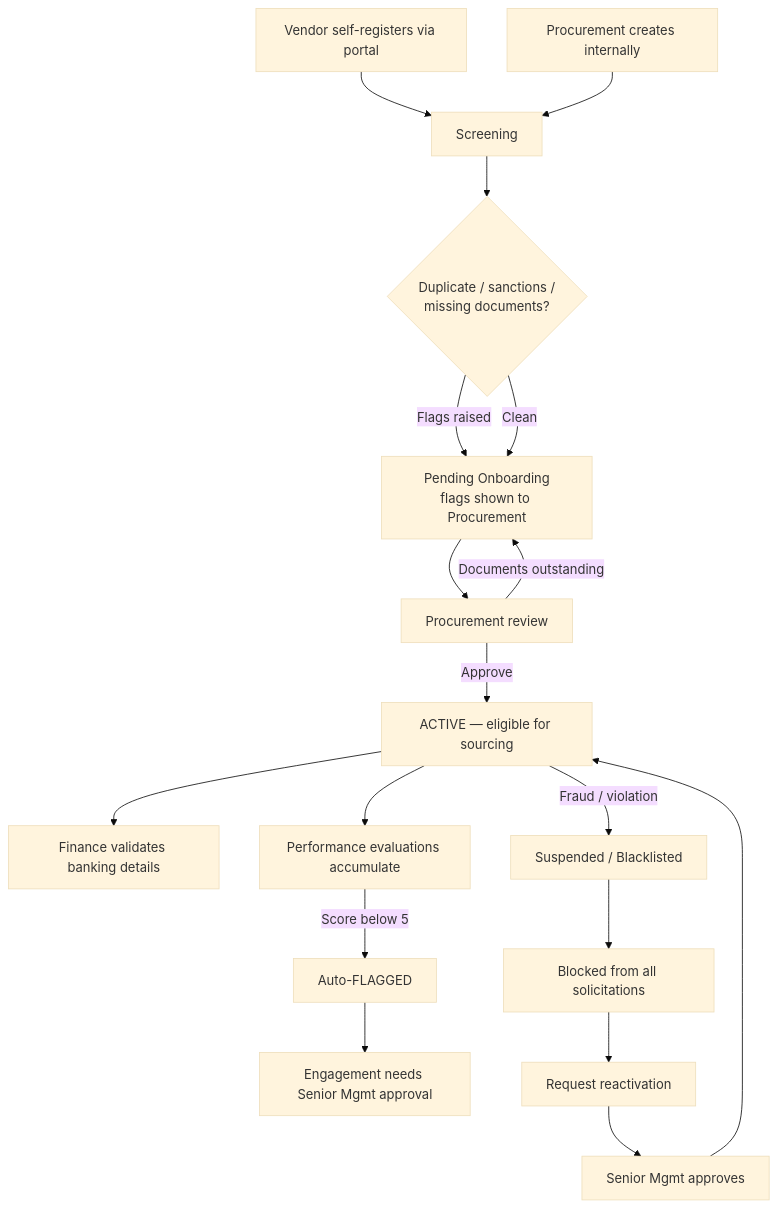
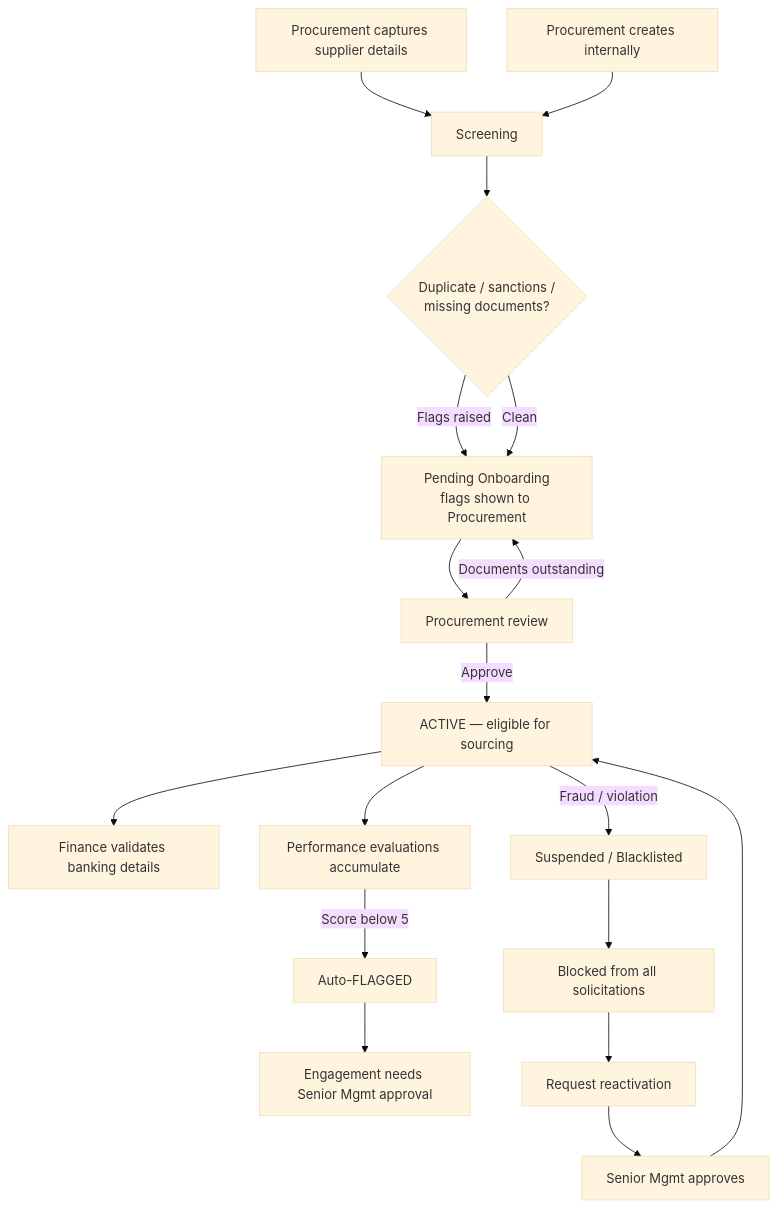
One commit to Kofi-Yeboah/Aceterpfinalv2copy changed the third of 10 diagrams in docs/PROCUREMENT-FLOWS.md. Above: the diagram before and after it, drawn with Mermaid (base theme). The commit also changed other lines of this file and 15 other files, not shown here.

````diff
--- a/docs/PROCUREMENT-FLOWS.md
+++ b/docs/PROCUREMENT-FLOWS.md
@@ -216,19 +216,19 @@
 ```mermaid
 flowchart TD
-    A1[Vendor self-registers via portal] --> B[Screening]
+    A1[Procurement captures supplier details] --> B[Screening]
     A2[Procurement creates internally] --> B
     B --> C{Duplicate / sanctions /<br/>missing documents?}
     C -- Flags raised --> D[Pending Onboarding<br/>flags shown to Procurement]
     C -- Clean --> D
     D --> E[Procurement review]
     E -- Documents outstanding --> D
     E -- Approve --> F[ACTIVE — eligible for sourcing]
     F --> G[Finance validates banking details]
     F --> H[Performance evaluations accumulate]
     H -- Score below 5 --> I[Auto-FLAGGED]
     F -- Fraud / violation --> J[Suspended / Blacklisted]
     I --> K[Engagement needs Senior Mgmt approval]
     J --> L[Blocked from all solicitations]
     L --> M[Request reactivation]
     M --> N[Senior Mgmt approves] --> F
 ```
````
